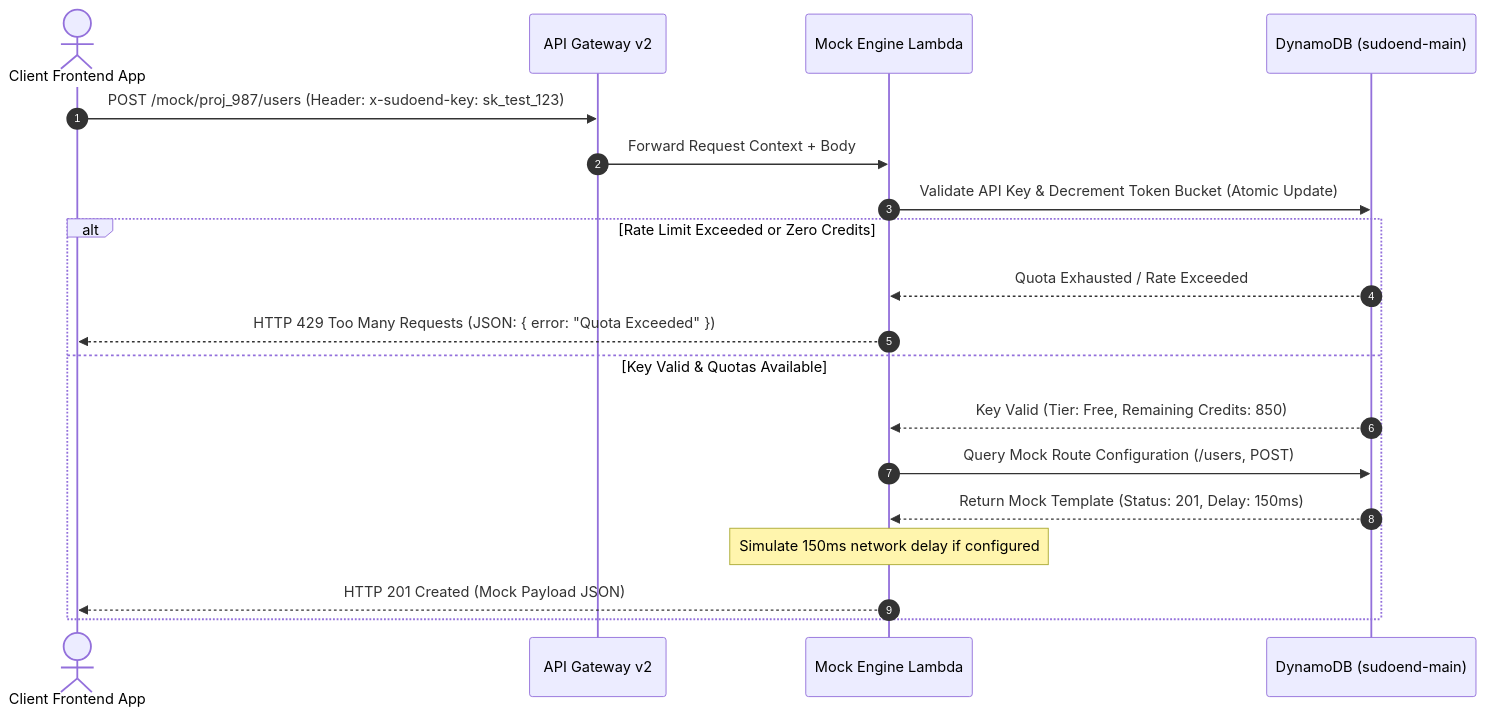
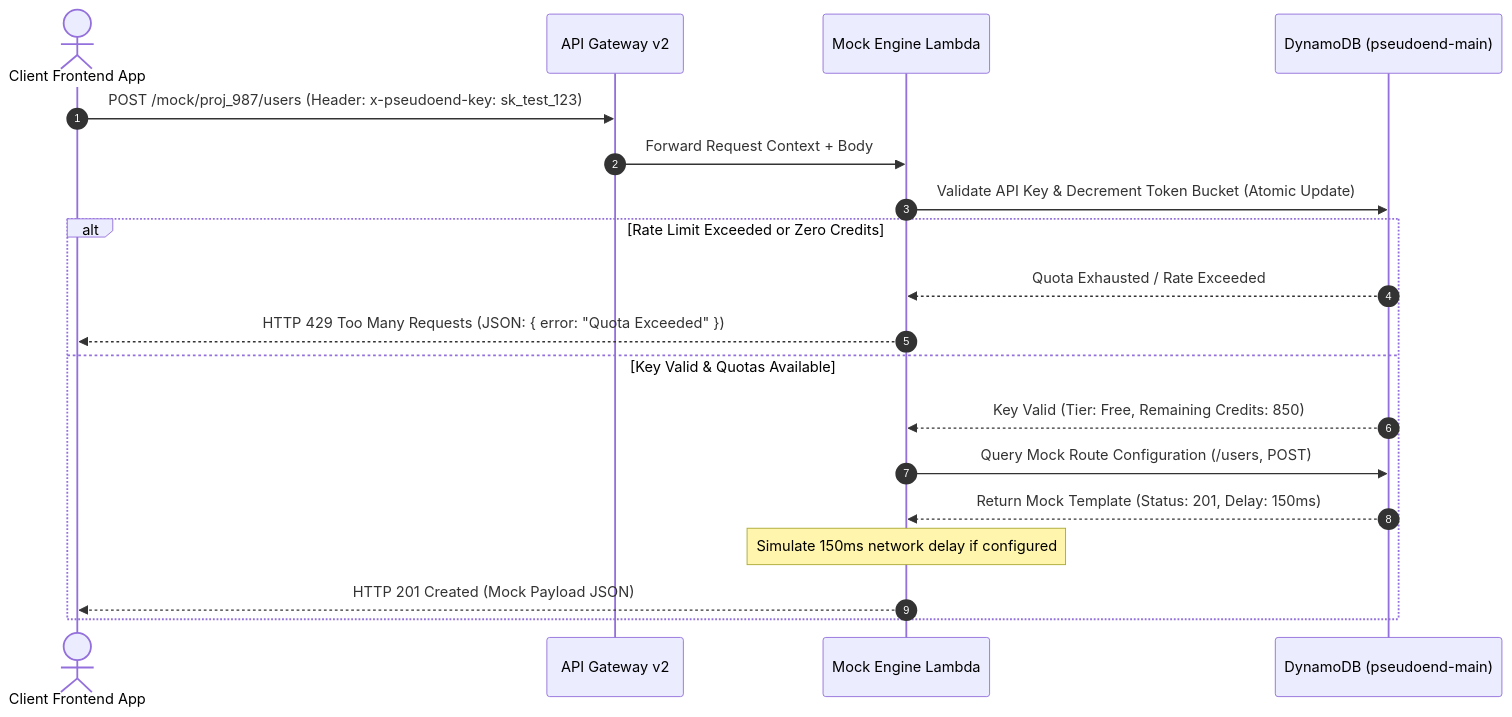
The diagram in PRD-1-Architecture-and-Infrastructure.md (dikshakarwasra/Pseudoend), drawn with Mermaid before and after one commit. The commit also changed other lines of this file and 33 other files, not shown here.

Commit message:
chore: rename project from sudoend to Pseudoend across codebase

````diff
--- a/PRD-1-Architecture-and-Infrastructure.md
+++ b/PRD-1-Architecture-and-Infrastructure.md
@@ -151,22 +151,22 @@
 ```mermaid
 sequenceDiagram
     autonumber
     actor Frontend as Client Frontend App
     participant APIGW as API Gateway v2
     participant Lambda as Mock Engine Lambda
-    participant DDB as DynamoDB (sudoend-main)
+    participant DDB as DynamoDB (pseudoend-main)
 
-    Frontend->>APIGW: POST /mock/proj_987/users (Header: x-sudoend-key: sk_test_123)
+    Frontend->>APIGW: POST /mock/proj_987/users (Header: x-pseudoend-key: sk_test_123)
     APIGW->>Lambda: Forward Request Context + Body
     Lambda->>DDB: Validate API Key & Decrement Token Bucket (Atomic Update)
     alt Rate Limit Exceeded or Zero Credits
         DDB-->>Lambda: Quota Exhausted / Rate Exceeded
         Lambda-->>Frontend: HTTP 429 Too Many Requests (JSON: { error: "Quota Exceeded" })
     else Key Valid & Quotas Available
         DDB-->>Lambda: Key Valid (Tier: Free, Remaining Credits: 850)
         Lambda->>DDB: Query Mock Route Configuration (/users, POST)
         DDB-->>Lambda: Return Mock Template (Status: 201, Delay: 150ms)
         Note over Lambda: Simulate 150ms network delay if configured
         Lambda-->>Frontend: HTTP 201 Created (Mock Payload JSON)
     end
 ```
````
